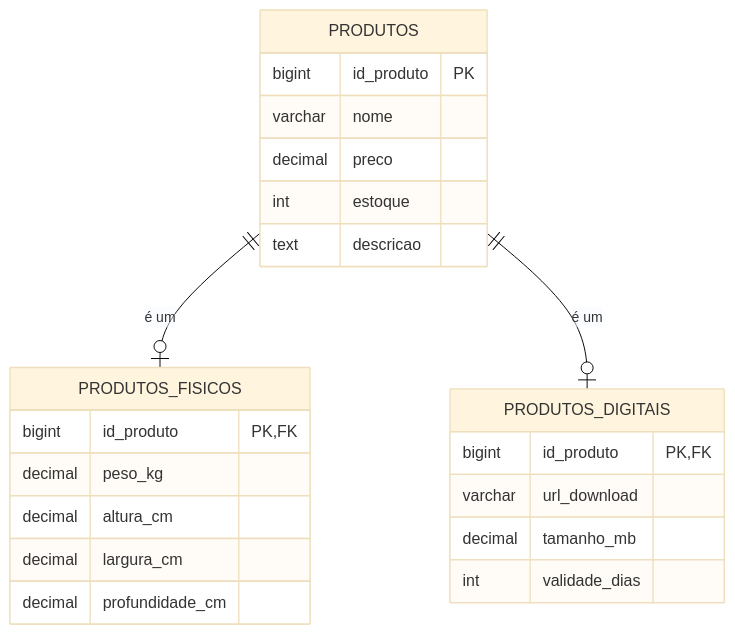
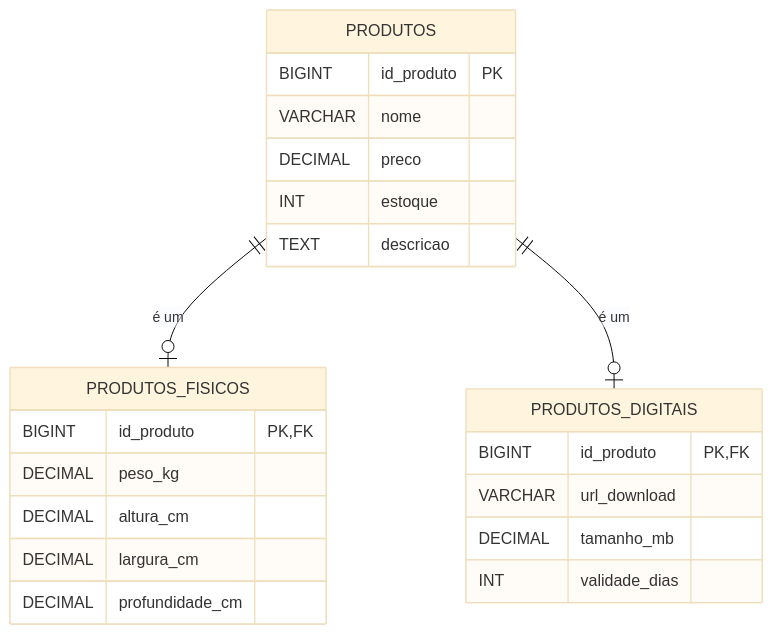
Diagram 13 of 20 in docs/aulas/Aula_01_Revisao_Modelagem_Conceitual.md (DSM-Fatec-Jahu/BDR-DSM-2026-2), drawn with Mermaid (base theme) before and after one commit. The commit also changed other lines of this file and 2 other files, not shown here.

First line of the commit message:
Padroniza tipos SQL em MAIÚSCULAS nos diagramas (Regra 3)

````diff
--- a/docs/aulas/Aula_01_Revisao_Modelagem_Conceitual.md
+++ b/docs/aulas/Aula_01_Revisao_Modelagem_Conceitual.md
@@ -597,28 +597,28 @@
 ```mermaid
 erDiagram
     PRODUTOS {
-        bigint id_produto PK
-        varchar nome
-        decimal preco
-        int estoque
-        text descricao
+        BIGINT id_produto PK
+        VARCHAR nome
+        DECIMAL preco
+        INT estoque
+        TEXT descricao
     }
 
     PRODUTOS_FISICOS {
-        bigint id_produto PK, FK
-        decimal peso_kg
-        decimal altura_cm
-        decimal largura_cm
-        decimal profundidade_cm
+        BIGINT id_produto PK, FK
+        DECIMAL peso_kg
+        DECIMAL altura_cm
+        DECIMAL largura_cm
+        DECIMAL profundidade_cm
     }
 
     PRODUTOS_DIGITAIS {
-        bigint id_produto PK, FK
-        varchar url_download
-        decimal tamanho_mb
-        int validade_dias
+        BIGINT id_produto PK, FK
+        VARCHAR url_download
+        DECIMAL tamanho_mb
+        INT validade_dias
     }
 
     PRODUTOS ||--o| PRODUTOS_FISICOS   : "é um"
     PRODUTOS ||--o| PRODUTOS_DIGITAIS  : "é um"
 ```
````
